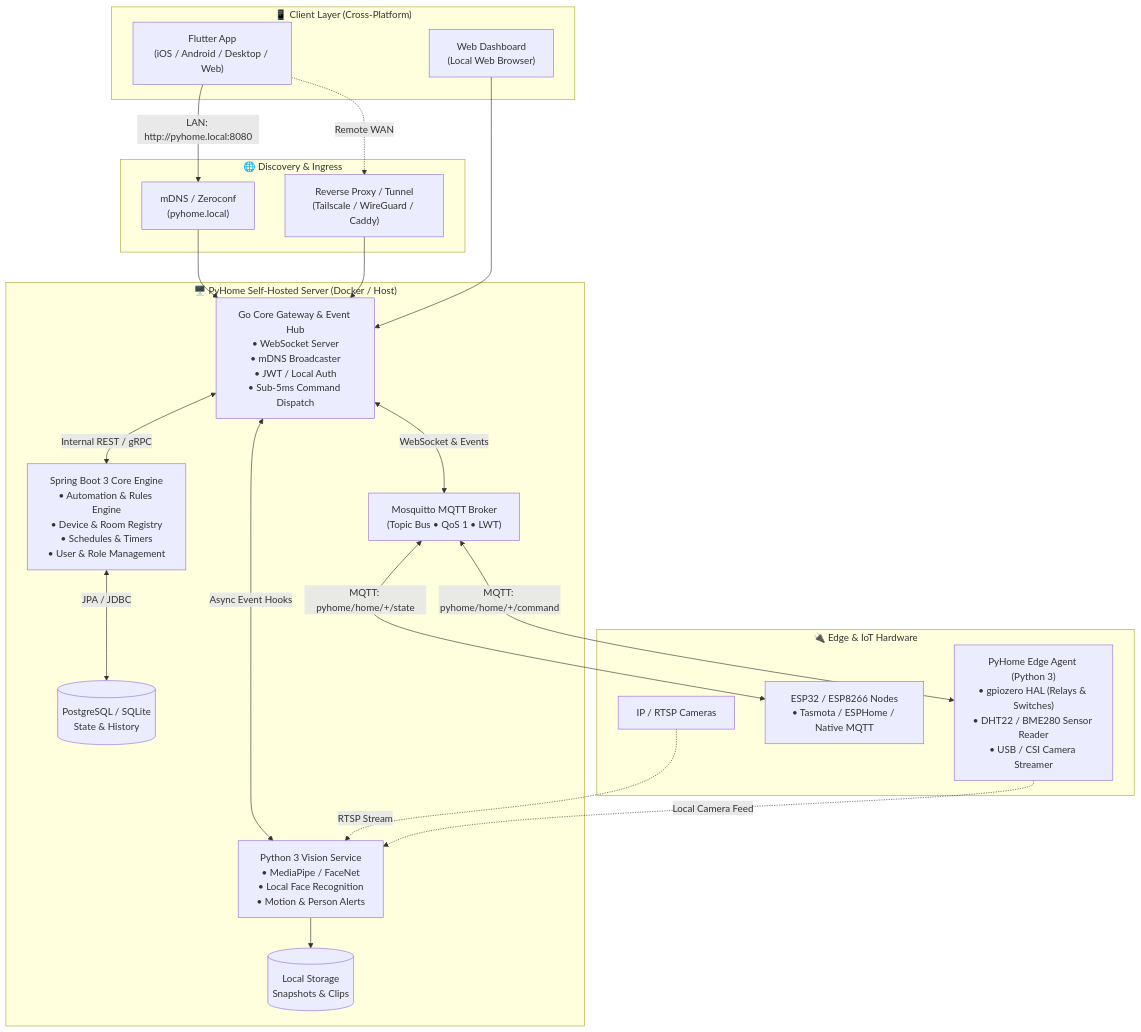
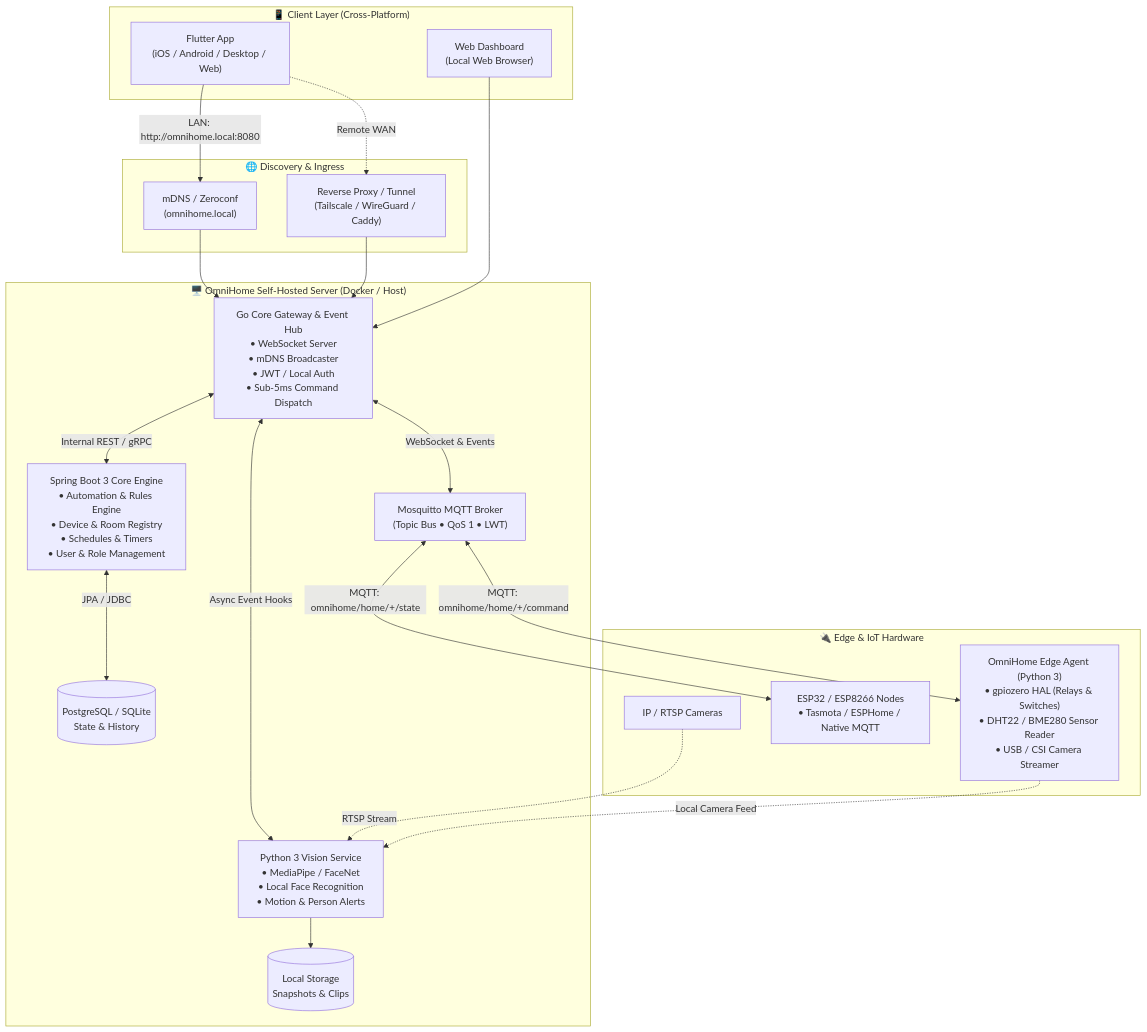
The first of 3 diagrams in README.md (starfreck/Py-Home-Automation), drawn with Mermaid before and after one commit. The commit also changed other lines of this file and 9 other files, not shown here.

Commit message:
feat: rename project to OmniHome across UI, gateway, AI engine, and docs

````diff
--- a/README.md
+++ b/README.md
@@ -44,52 +44,52 @@
 ```mermaid
 graph TB
     subgraph Clients["📱 Client Layer (Cross-Platform)"]
         FLUTTER["Flutter App<br/>(iOS / Android / Desktop / Web)"]
         BROWSER["Web Dashboard<br/>(Local Web Browser)"]
     end
 
     subgraph Network["🌐 Discovery & Ingress"]
-        MDNS["mDNS / Zeroconf<br/>(pyhome.local)"]
+        MDNS["mDNS / Zeroconf<br/>(omnihome.local)"]
         PROXY["Reverse Proxy / Tunnel<br/>(Tailscale / WireGuard / Caddy)"]
     end
 
-    subgraph Host["🖥️ PyHome Self-Hosted Server (Docker / Host)"]
+    subgraph Host["🖥️ OmniHome Self-Hosted Server (Docker / Host)"]
         GW["Go Core Gateway & Event Hub<br/>• WebSocket Server<br/>• mDNS Broadcaster<br/>• JWT / Local Auth<br/>• Sub-5ms Command Dispatch"]
         
         API["Spring Boot 3 Core Engine<br/>• Automation & Rules Engine<br/>• Device & Room Registry<br/>• Schedules & Timers<br/>• User & Role Management"]
         
         AI["Python 3 Vision Service<br/>• MediaPipe / FaceNet<br/>• Local Face Recognition<br/>• Motion & Person Alerts"]
         
         MQTT["Mosquitto MQTT Broker<br/>(Topic Bus • QoS 1 • LWT)"]
         
         DB[("PostgreSQL / SQLite<br/>State & History")]
         DISK[("Local Storage<br/>Snapshots & Clips")]
     end
 
     subgraph Edge["🔌 Edge & IoT Hardware"]
-        PI["PyHome Edge Agent (Python 3)<br/>• gpiozero HAL (Relays & Switches)<br/>• DHT22 / BME280 Sensor Reader<br/>• USB / CSI Camera Streamer"]
+        PI["OmniHome Edge Agent (Python 3)<br/>• gpiozero HAL (Relays & Switches)<br/>• DHT22 / BME280 Sensor Reader<br/>• USB / CSI Camera Streamer"]
         ESP["ESP32 / ESP8266 Nodes<br/>• Tasmota / ESPHome / Native MQTT"]
         CAM["IP / RTSP Cameras"]
     end
 
     %% Client Interactions
-    FLUTTER -->|LAN: http://pyhome.local:8080| MDNS
+    FLUTTER -->|LAN: http://omnihome.local:8080| MDNS
     MDNS --> GW
     FLUTTER -.->|Remote WAN| PROXY
     PROXY --> GW
     BROWSER --> GW
 
     %% Server Internal Routing
     GW <-->|Internal REST / gRPC| API
     GW <-->|WebSocket & Events| MQTT
     GW <-->|Async Event Hooks| AI
     
     API <-->|JPA / JDBC| DB
     AI --> DISK
 
     %% Edge Communications
-    MQTT <-->|MQTT: pyhome/home/+/command| PI
-    MQTT <-->|MQTT: pyhome/home/+/state| ESP
+    MQTT <-->|MQTT: omnihome/home/+/command| PI
+    MQTT <-->|MQTT: omnihome/home/+/state| ESP
     CAM -.->|RTSP Stream| AI
     PI -.->|Local Camera Feed| AI
 ```
````
